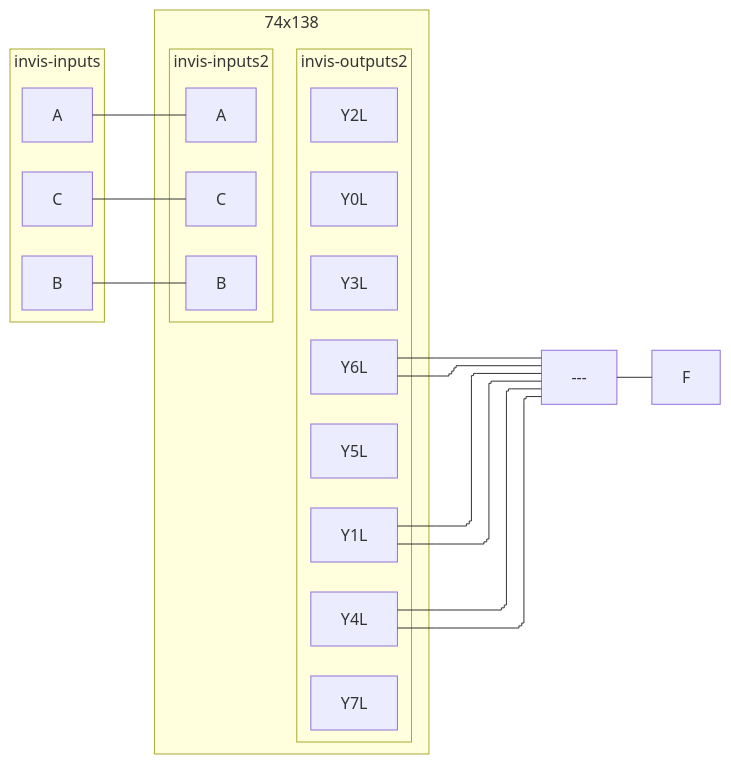
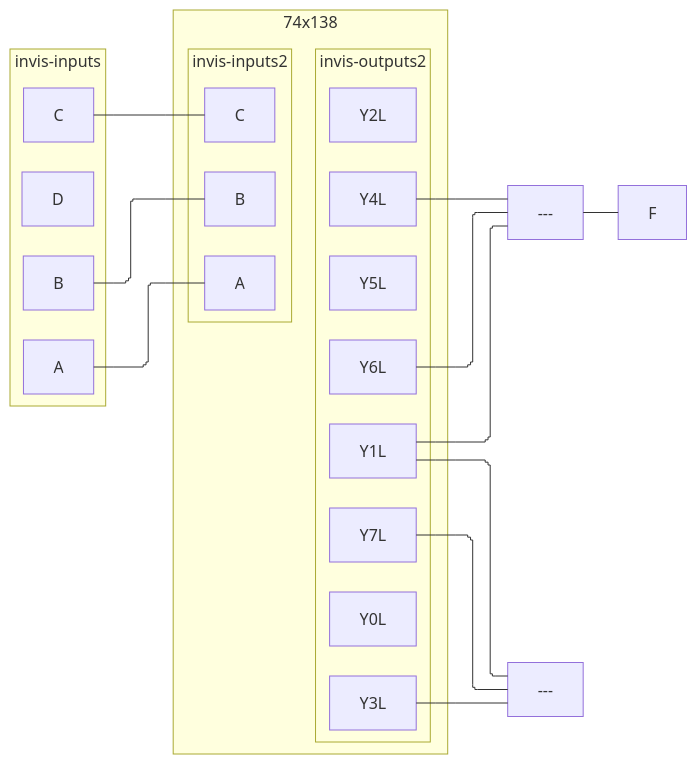
The second of 2 diagrams in CSDS 281 - Logic Design/HW/7/tables.md (tnichols217/notes), drawn with Mermaid before and after one commit.

Commit message:
vault backup: 2024-03-27 11:22:14

````diff
--- a/CSDS 281 - Logic Design/HW/7/tables.md
+++ b/CSDS 281 - Logic Design/HW/7/tables.md
@@ -58,30 +58,31 @@
 ```mermaid
 %%{ init: { 'flowchart': { 'curve': 'stepBefore', "defaultRenderer": "elk" } } }%%
 flowchart LR
 subgraph invis-inputs
 A
 B
 C
+D
 end
 subgraph 74x138
 subgraph invis-inputs2
 A --- Aa["A"]
 B --- Bb["B"]
 C --- Cc["C"]
 end
 subgraph invis-outputs2
 Y0L
 Y1L
 Y2L
 Y3L
 Y4L
 Y5L
 Y6L
 Y7L
 end
 invis-inputs2 ~~~ invis-outputs2
 end
 Y1L & Y4L & Y6L --- nand1[---]
-Y1L & Y4L & Y6L --- nand1[---]
+Y1L & Y3L & Y7L --- nand2[---]
 nand1 --- F
 ```
````
